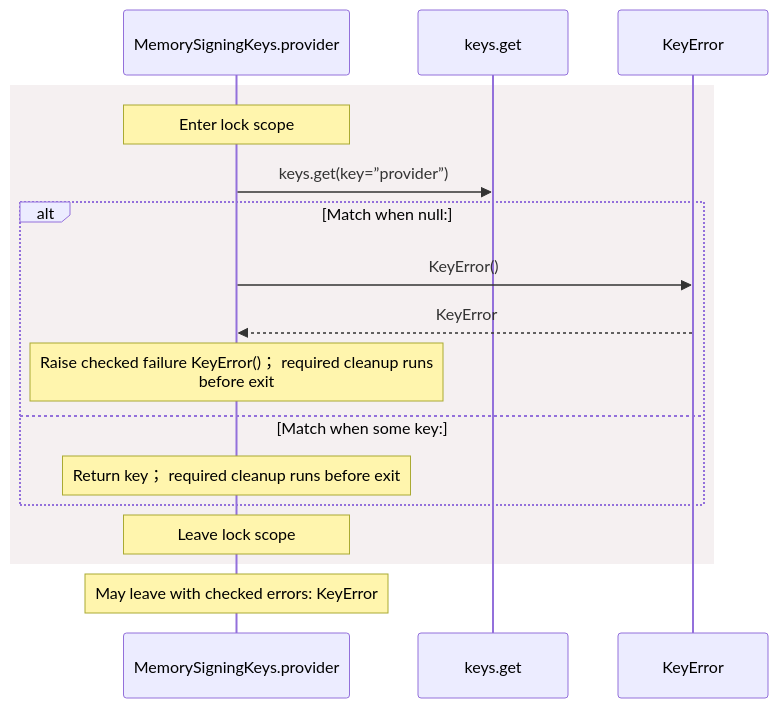
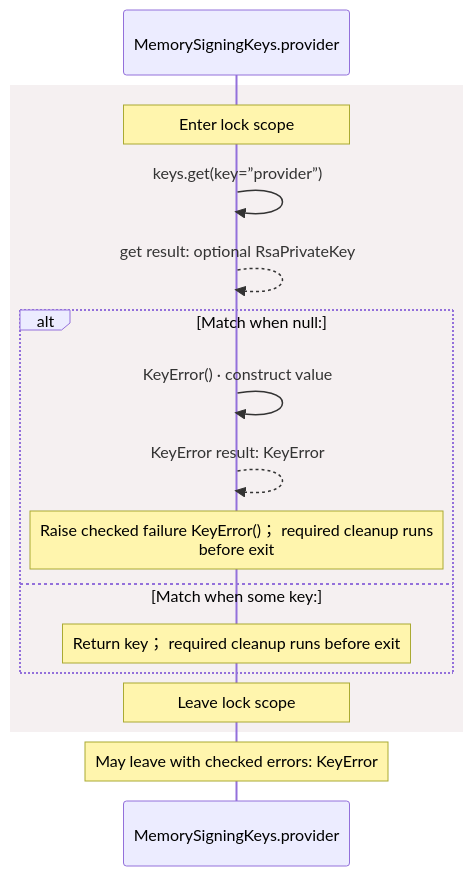
The fourth of 6 diagrams in docs/examples/oidc-login/common/keys-diagrams.md (GreenPandaStudios/augscript), drawn with Mermaid before and after one commit. The commit also changed other lines of this file and 304 other files, not shown here.

Commit message:
Make generated data-flow sequences concise and review every diagram

````diff
--- a/docs/examples/oidc-login/common/keys-diagrams.md
+++ b/docs/examples/oidc-login/common/keys-diagrams.md
@@ -138,19 +114,19 @@
 ```mermaid
 sequenceDiagram
     participant p0 as MemorySigningKeys.provider
-    participant p1 as keys.get
-    participant p2 as KeyError
+
     rect rgb(245, 240, 241)
     Note over p0: Enter lock scope
-    p0->>p1: keys.get(key=”provider”)
+    p0->>p0: keys.get(key=”provider”)
+    p0-->>p0: get result: optional RsaPrivateKey
     alt Match when null:
-    p0->>p2: KeyError()
-    p2-->>p0: KeyError
+    p0->>p0: KeyError() · construct value
+    p0-->>p0: KeyError result: KeyError
     Note over p0: Raise checked failure KeyError()； required cleanup runs<br/>before exit
     else Match when some key:
     Note over p0: Return key； required cleanup runs before exit
     end
     Note over p0: Leave lock scope
     end
     Note over p0: May leave with checked errors: KeyError
 ```
````
